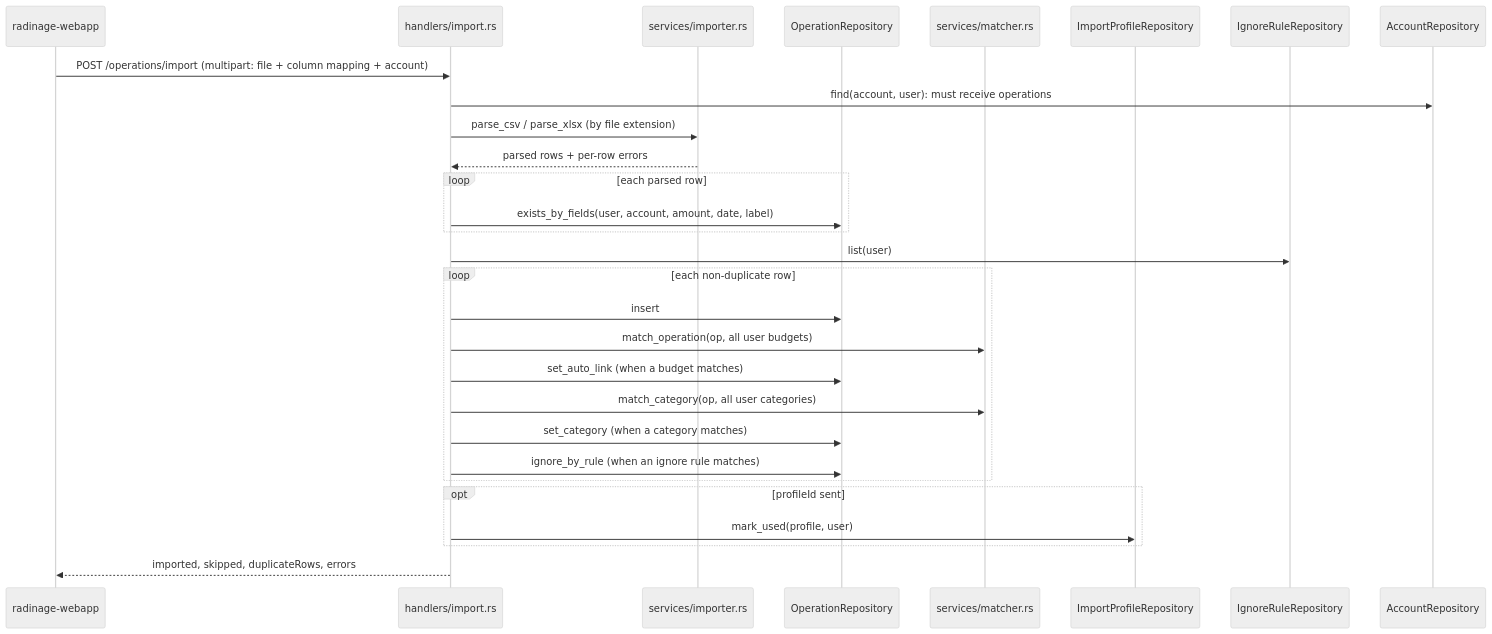
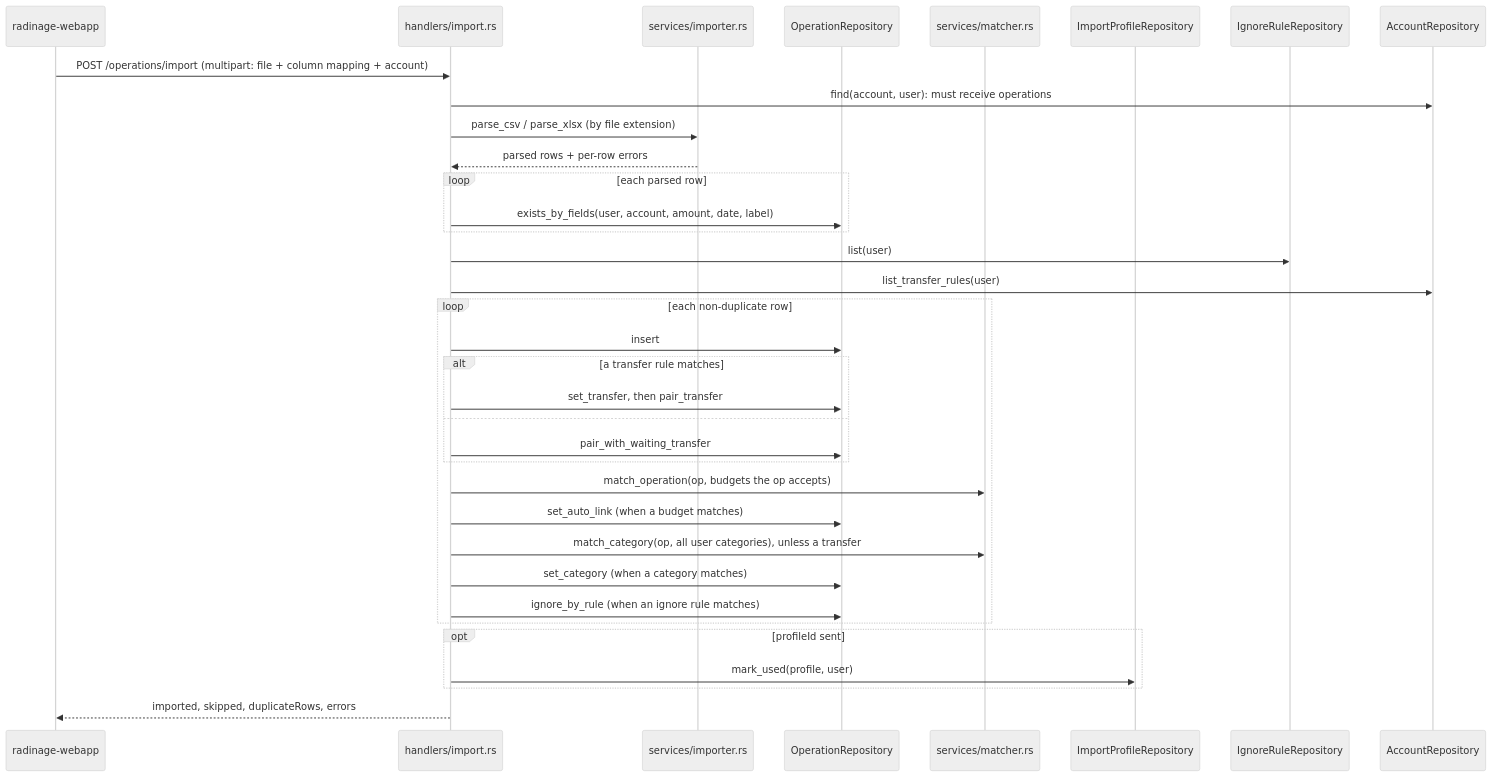
One commit to leroyguillaume/radinage changed the second of 2 diagrams in ARCHITECTURE.md. Above: the diagram before and after it, drawn with Mermaid (neutral theme). The commit also changed other lines of this file and 63 other files, not shown here.

````diff
--- a/ARCHITECTURE.md
+++ b/ARCHITECTURE.md
@@ -107,31 +109,37 @@
 ```mermaid
 sequenceDiagram
     participant SPA as radinage-webapp
     participant H as handlers/import.rs
     participant I as services/importer.rs
     participant R as OperationRepository
     participant M as services/matcher.rs
     participant P as ImportProfileRepository
     participant G as IgnoreRuleRepository
     participant A as AccountRepository
     SPA->>H: POST /operations/import (multipart: file + column mapping + account)
     H->>A: find(account, user): must receive operations
     H->>I: parse_csv / parse_xlsx (by file extension)
     I-->>H: parsed rows + per-row errors
     loop each parsed row
         H->>R: exists_by_fields(user, account, amount, date, label)
     end
     H->>G: list(user)
+    H->>A: list_transfer_rules(user)
     loop each non-duplicate row
         H->>R: insert
-        H->>M: match_operation(op, all user budgets)
+        alt a transfer rule matches
+            H->>R: set_transfer, then pair_transfer
+        else
+            H->>R: pair_with_waiting_transfer
+        end
+        H->>M: match_operation(op, budgets the op accepts)
         H->>R: set_auto_link (when a budget matches)
-        H->>M: match_category(op, all user categories)
+        H->>M: match_category(op, all user categories), unless a transfer
         H->>R: set_category (when a category matches)
         H->>R: ignore_by_rule (when an ignore rule matches)
     end
     opt profileId sent
         H->>P: mark_used(profile, user)
     end
     H-->>SPA: imported, skipped, duplicateRows, errors
 ```
````
